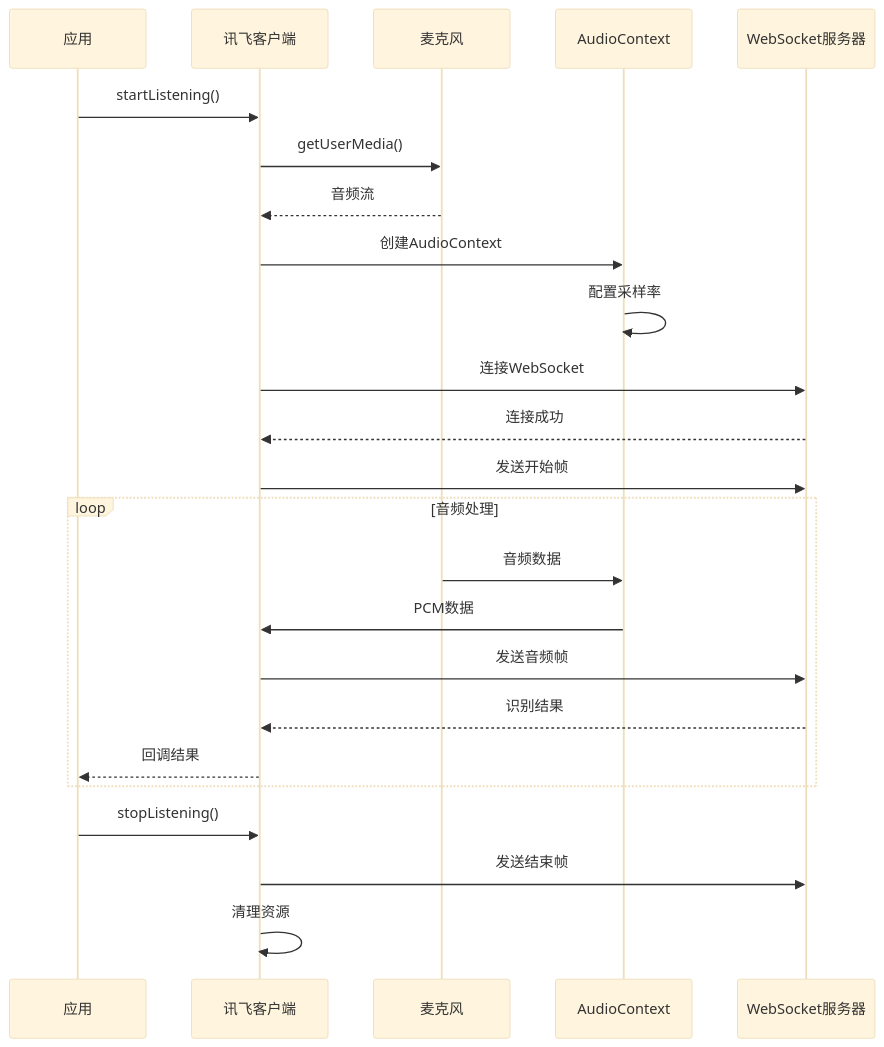
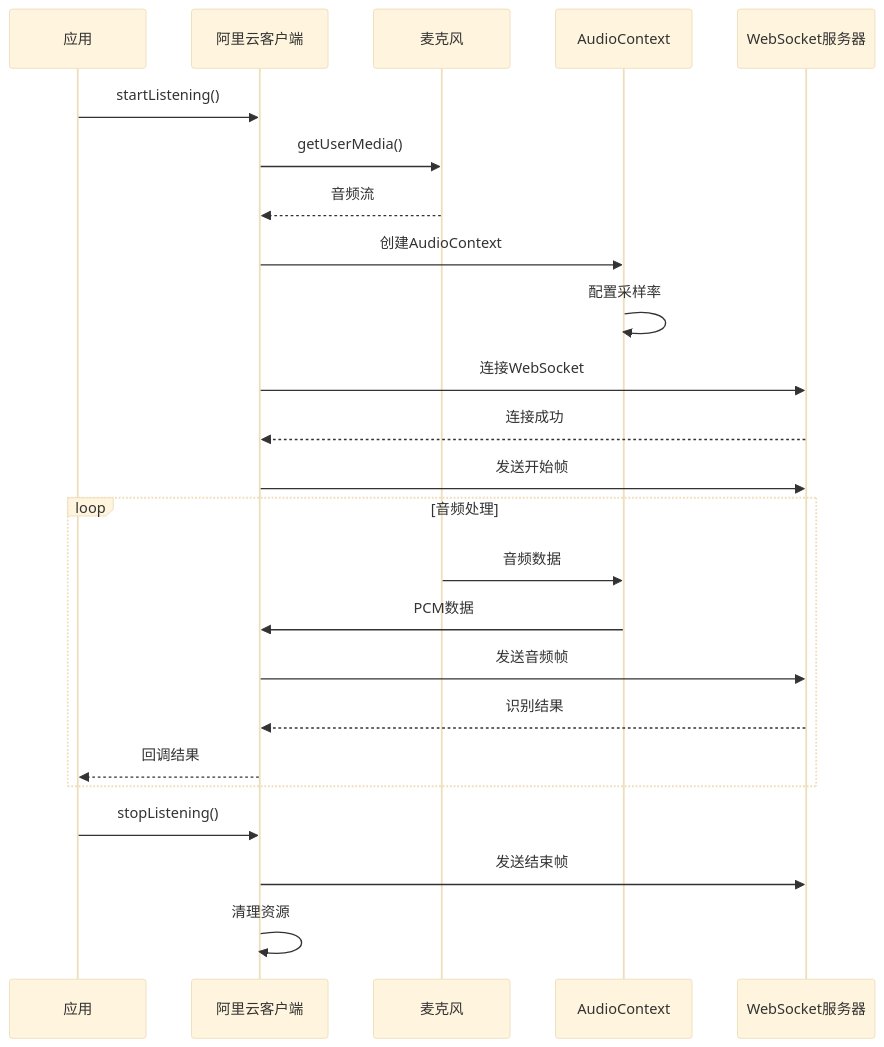
The sixth of 10 diagrams in .qoder/repowiki/zh/content/语音识别模块详解/语音识别模块详解.md (db300/MySpeechRecognition), drawn with Mermaid (base theme) before and after one commit. The commit also changed other lines of this file and 26 other files, not shown here.

````diff
--- a/.qoder/repowiki/zh/content/语音识别模块详解/语音识别模块详解.md
+++ b/.qoder/repowiki/zh/content/语音识别模块详解/语音识别模块详解.md
@@ -289,26 +302,26 @@
 ```mermaid
 sequenceDiagram
 participant App as 应用
-participant Xfyun as 讯飞客户端
+participant Aliyun as 阿里云客户端
 participant Media as 麦克风
 participant AudioCtx as AudioContext
 participant WS as WebSocket服务器
-App->>Xfyun : startListening()
-Xfyun->>Media : getUserMedia()
-Media-->>Xfyun : 音频流
-Xfyun->>AudioCtx : 创建AudioContext
+App->>Aliyun : startListening()
+Aliyun->>Media : getUserMedia()
+Media-->>Aliyun : 音频流
+Aliyun->>AudioCtx : 创建AudioContext
 AudioCtx->>AudioCtx : 配置采样率
-Xfyun->>WS : 连接WebSocket
-WS-->>Xfyun : 连接成功
-Xfyun->>WS : 发送开始帧
+Aliyun->>WS : 连接WebSocket
+WS-->>Aliyun : 连接成功
+Aliyun->>WS : 发送开始帧
 loop 音频处理
 Media->>AudioCtx : 音频数据
-AudioCtx->>Xfyun : PCM数据
-Xfyun->>WS : 发送音频帧
-WS-->>Xfyun : 识别结果
-Xfyun-->>App : 回调结果
+AudioCtx->>Aliyun : PCM数据
+Aliyun->>WS : 发送音频帧
+WS-->>Aliyun : 识别结果
+Aliyun-->>App : 回调结果
 end
-App->>Xfyun : stopListening()
-Xfyun->>WS : 发送结束帧
-Xfyun->>Xfyun : 清理资源
+App->>Aliyun : stopListening()
+Aliyun->>WS : 发送结束帧
+Aliyun->>Aliyun : 清理资源
 ```
````
